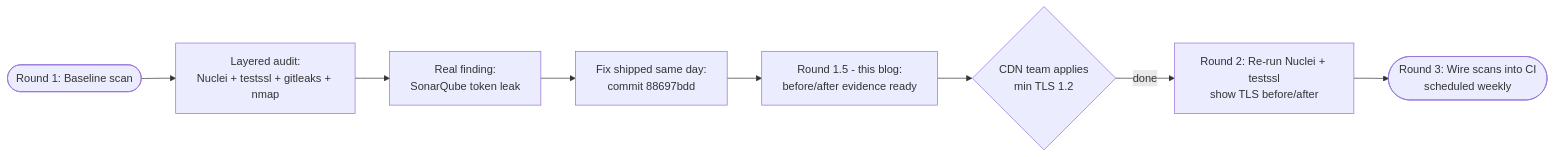
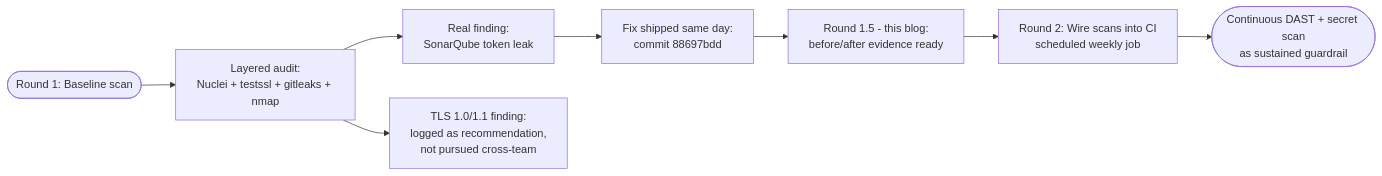
One commit to absolutepraya/blog changed the diagram in content/ppl/part-a/a6-security.md. Above: the diagram before and after it, drawn with Mermaid. The commit also changed other lines of this file, not shown here.

First line of the commit message:
ppl(a6): reframe TLS fix as 'logged not pursued' — cross-team scope concern

````diff
--- a/content/ppl/part-a/a6-security.md
+++ b/content/ppl/part-a/a6-security.md
@@ -368,10 +373,10 @@
 ```mermaid
 flowchart LR
     A([Round 1: Baseline scan]) --> B[Layered audit:<br>Nuclei + testssl + gitleaks + nmap]
     B --> C[Real finding:<br>SonarQube token leak]
     C --> D[Fix shipped same day:<br>commit 88697bdd]
     D --> E[Round 1.5 - this blog:<br>before/after evidence ready]
-    E --> F{CDN team applies<br>min TLS 1.2}
-    F -->|done| G[Round 2: Re-run Nuclei + testssl<br>show TLS before/after]
-    G --> H([Round 3: Wire scans into CI<br>scheduled weekly])
+    E --> F[Round 2: Wire scans into CI<br>scheduled weekly job]
+    F --> G([Continuous DAST + secret scan<br>as sustained guardrail])
+    B --> H[TLS 1.0/1.1 finding:<br>logged as recommendation,<br>not pursued cross-team]
 ```
````
